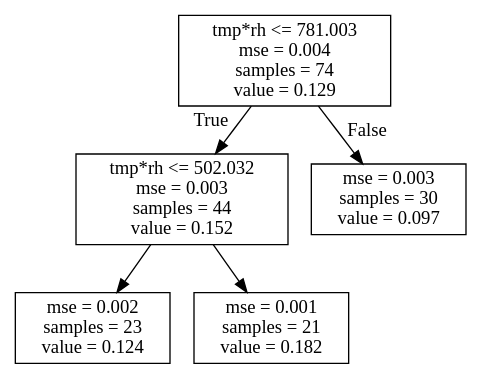
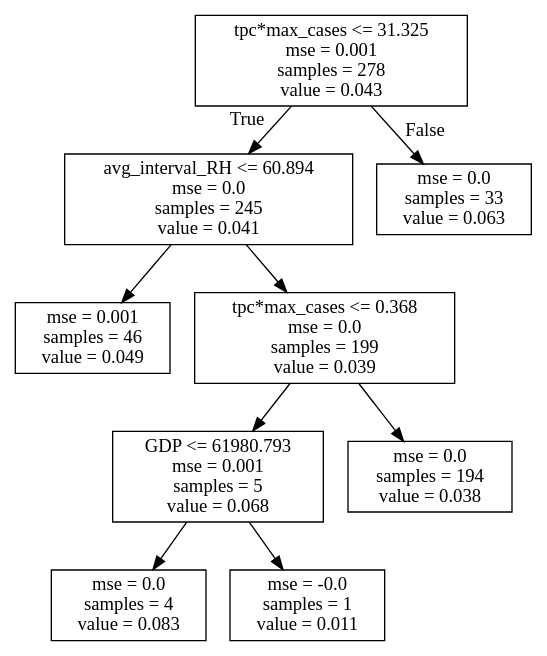
Before and after one commit to hopl1t/covid19: the diagram in products/decision_tree/decision_tree_EXP_GF_Q2_run2.dot, drawn with Graphviz. The commit also changed 55 other files, not shown here.

```diff
--- a/products/decision_tree/decision_tree_EXP_GF_Q2_run2.dot
+++ b/products/decision_tree/decision_tree_EXP_GF_Q2_run2.dot
@@ -1,12 +1,20 @@
 digraph Tree {
 node [shape=box] ;
-0 [label="tmp*rh <= 781.003\nmse = 0.004\nsamples = 74\nvalue = 0.129"] ;
-1 [label="tmp*rh <= 502.032\nmse = 0.003\nsamples = 44\nvalue = 0.152"] ;
+0 [label="tpc*max_cases <= 31.325\nmse = 0.001\nsamples = 278\nvalue = 0.043"] ;
+1 [label="avg_interval_RH <= 60.894\nmse = 0.0\nsamples = 245\nvalue = 0.041"] ;
 0 -> 1 [labeldistance=2.5, labelangle=45, headlabel="True"] ;
-2 [label="mse = 0.002\nsamples = 23\nvalue = 0.124"] ;
+2 [label="mse = 0.001\nsamples = 46\nvalue = 0.049"] ;
 1 -> 2 ;
-3 [label="mse = 0.001\nsamples = 21\nvalue = 0.182"] ;
+3 [label="tpc*max_cases <= 0.368\nmse = 0.0\nsamples = 199\nvalue = 0.039"] ;
 1 -> 3 ;
-4 [label="mse = 0.003\nsamples = 30\nvalue = 0.097"] ;
-0 -> 4 [labeldistance=2.5, labelangle=-45, headlabel="False"] ;
+4 [label="GDP <= 61980.793\nmse = 0.001\nsamples = 5\nvalue = 0.068"] ;
+3 -> 4 ;
+5 [label="mse = 0.0\nsamples = 4\nvalue = 0.083"] ;
+4 -> 5 ;
+6 [label="mse = -0.0\nsamples = 1\nvalue = 0.011"] ;
+4 -> 6 ;
+7 [label="mse = 0.0\nsamples = 194\nvalue = 0.038"] ;
+3 -> 7 ;
+8 [label="mse = 0.0\nsamples = 33\nvalue = 0.063"] ;
+0 -> 8 [labeldistance=2.5, labelangle=-45, headlabel="False"] ;
 }
```
